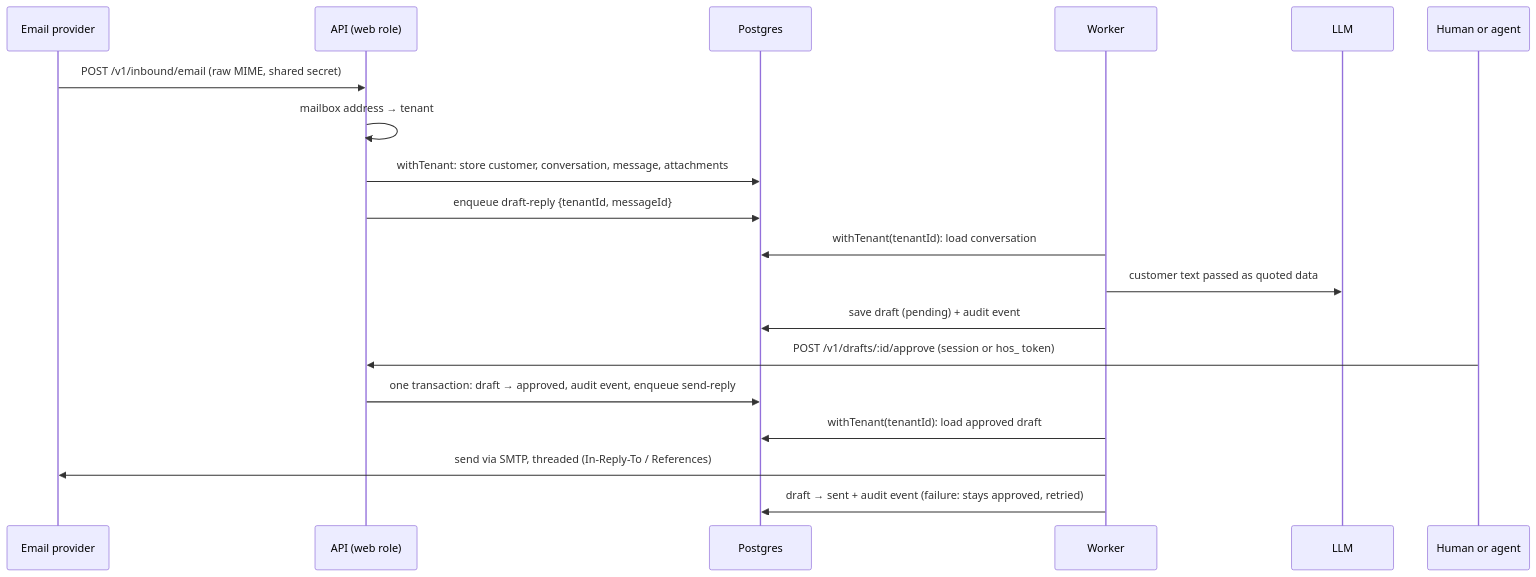
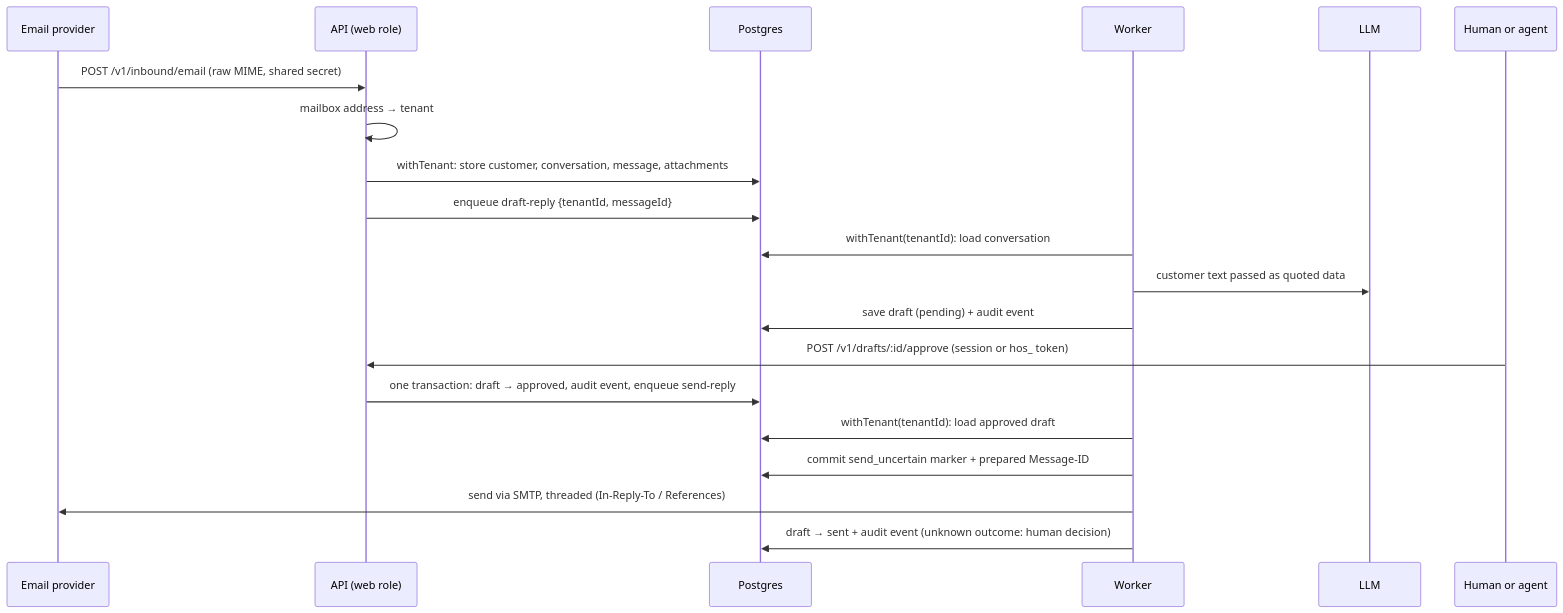
Before and after one commit to bsteps/helpos: the second of 3 diagrams in docs/architecture/overview.md, drawn with Mermaid. The commit also changed other lines of this file and 77 other files, not shown here.

````diff
--- a/docs/architecture/overview.md
+++ b/docs/architecture/overview.md
@@ -58,22 +58,23 @@
 ```mermaid
 sequenceDiagram
   participant P as Email provider
   participant S as API (web role)
   participant DB as Postgres
   participant Q as Worker
   participant L as LLM
   participant H as Human or agent
 
   P->>S: POST /v1/inbound/email (raw MIME, shared secret)
   S->>S: mailbox address → tenant
   S->>DB: withTenant: store customer, conversation, message, attachments
   S->>DB: enqueue draft-reply {tenantId, messageId}
   Q->>DB: withTenant(tenantId): load conversation
   Q->>L: customer text passed as quoted data
   Q->>DB: save draft (pending) + audit event
   H->>S: POST /v1/drafts/:id/approve (session or hos_ token)
   S->>DB: one transaction: draft → approved, audit event, enqueue send-reply
   Q->>DB: withTenant(tenantId): load approved draft
+  Q->>DB: commit send_uncertain marker + prepared Message-ID
   Q->>P: send via SMTP, threaded (In-Reply-To / References)
-  Q->>DB: draft → sent + audit event (failure: stays approved, retried)
+  Q->>DB: draft → sent + audit event (unknown outcome: human decision)
 ```
````
